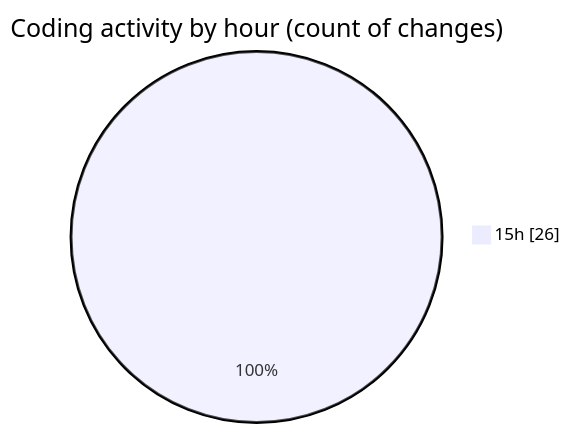
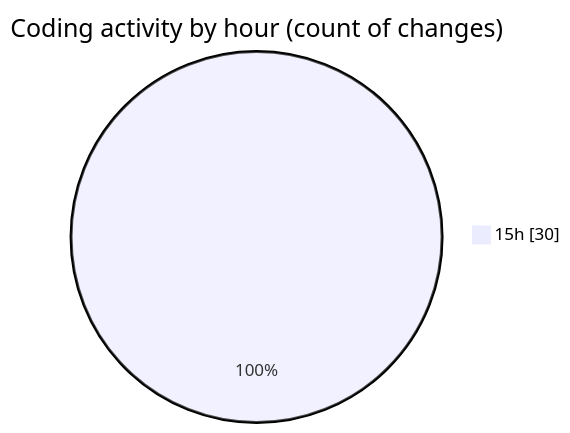
One commit to Unknowalive/code-tracking changed the second of 2 diagrams in 2026-04-02/ai-programming-assignment-4/README.md. Above: the diagram before and after it, drawn with Mermaid. The commit also changed other lines of this file and 1 other file, not shown here.

````diff
--- a/2026-04-02/ai-programming-assignment-4/README.md
+++ b/2026-04-02/ai-programming-assignment-4/README.md
@@ -37,5 +38,5 @@
 ```mermaid
 pie showData
 title Coding activity by hour (count of changes)
-"15h" : 26
+"15h" : 30
 ```
````
